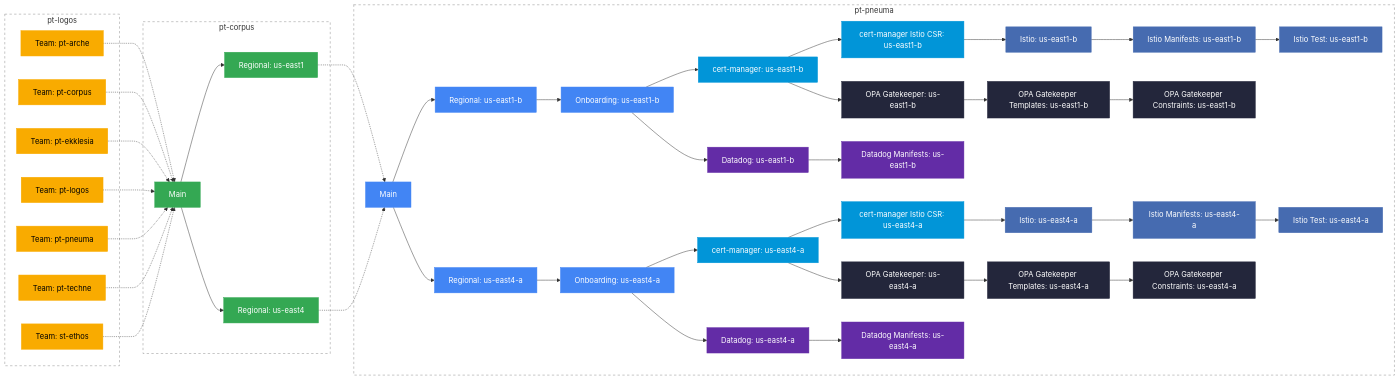
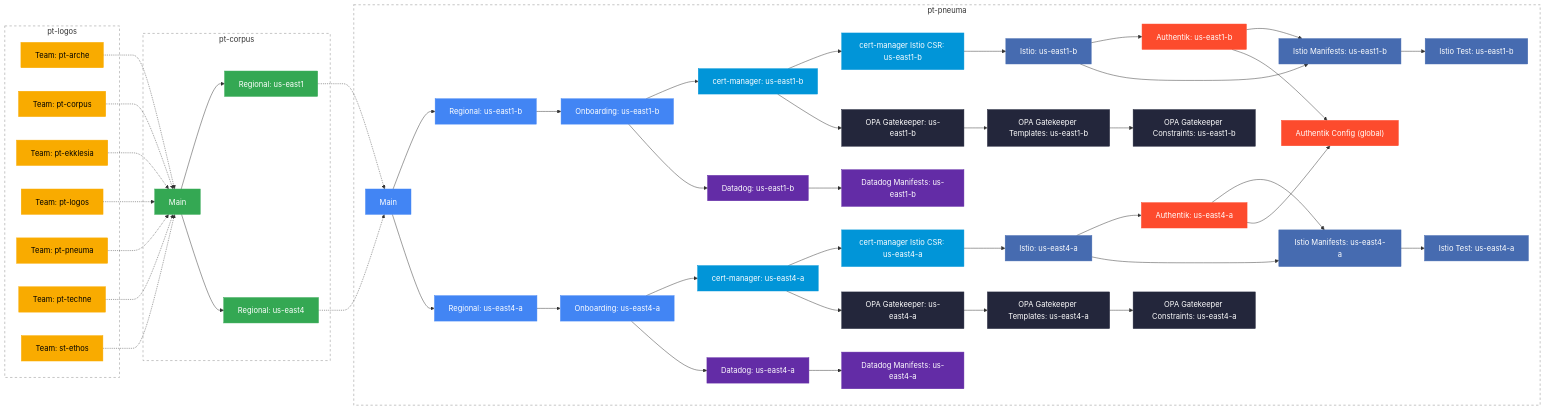
The diagram in README.md (osinfra-io/pt-logos), drawn with Mermaid before and after one commit. The commit also changed other lines of this file, not shown here.

Commit message:
Include authentik in platform deployment dependency graph (#207)

````diff
--- a/README.md
+++ b/README.md
@@ -36,72 +36,80 @@
 ```mermaid
 flowchart LR
     classDef logos fill:#F9AB00,stroke:#F9AB00,color:#000
     classDef corpus fill:#34A853,stroke:#34A853,color:#fff
     classDef gke fill:#4285F4,stroke:#4285F4,color:#fff
     classDef certmanager fill:#0195D8,stroke:#0195D8,color:#fff
     classDef istio fill:#466BB0,stroke:#466BB0,color:#fff
     classDef datadog fill:#632CA6,stroke:#632CA6,color:#fff
     classDef opa fill:#23263B,stroke:#23263B,color:#fff
+    classDef authentik fill:#FD4B2D,stroke:#FD4B2D,color:#fff
 
     subgraph logos ["pt-logos"]
         logos_arche["Team: pt-arche"]:::logos
         logos_corpus["Team: pt-corpus"]:::logos
         logos_ekklesia["Team: pt-ekklesia"]:::logos
         logos_logos["Team: pt-logos"]:::logos
         logos_pneuma["Team: pt-pneuma"]:::logos
         logos_techne["Team: pt-techne"]:::logos
         logos_ethos["Team: st-ethos"]:::logos
     end
 
     subgraph corpus ["pt-corpus"]
         corpus_main["Main"]:::corpus
         corpus_us_east1["Regional: us-east1"]:::corpus
         corpus_us_east4["Regional: us-east4"]:::corpus
         corpus_main --> corpus_us_east1
         corpus_main --> corpus_us_east4
     end
 
     subgraph pneuma ["pt-pneuma"]
         pneuma_main["Main"]:::gke
 
         pneuma_main --> z1_regional["Regional: us-east1-b"]:::gke
         z1_regional --> z1_onboarding["Onboarding: us-east1-b"]:::gke
         z1_onboarding --> z1_cert_manager["cert-manager: us-east1-b"]:::certmanager
         z1_onboarding --> z1_datadog["Datadog: us-east1-b"]:::datadog
         z1_cert_manager --> z1_cert_manager_istio_csr["cert-manager Istio CSR: us-east1-b"]:::certmanager
         z1_cert_manager --> z1_opa_gatekeeper["OPA Gatekeeper: us-east1-b"]:::opa
         z1_cert_manager_istio_csr --> z1_istio["Istio: us-east1-b"]:::istio
+        z1_istio --> z1_authentik["Authentik: us-east1-b"]:::authentik
         z1_istio --> z1_istio_manifests["Istio Manifests: us-east1-b"]:::istio
+        z1_authentik --> z1_istio_manifests
         z1_istio_manifests --> z1_istio_test["Istio Test: us-east1-b"]:::istio
         z1_datadog --> z1_datadog_manifests["Datadog Manifests: us-east1-b"]:::datadog
         z1_opa_gatekeeper --> z1_opa_templates["OPA Gatekeeper Templates: us-east1-b"]:::opa
         z1_opa_templates --> z1_opa_constraints["OPA Gatekeeper Constraints: us-east1-b"]:::opa
 
         pneuma_main --> z2_regional["Regional: us-east4-a"]:::gke
         z2_regional --> z2_onboarding["Onboarding: us-east4-a"]:::gke
         z2_onboarding --> z2_cert_manager["cert-manager: us-east4-a"]:::certmanager
         z2_onboarding --> z2_datadog["Datadog: us-east4-a"]:::datadog
         z2_cert_manager --> z2_cert_manager_istio_csr["cert-manager Istio CSR: us-east4-a"]:::certmanager
         z2_cert_manager --> z2_opa_gatekeeper["OPA Gatekeeper: us-east4-a"]:::opa
         z2_cert_manager_istio_csr --> z2_istio["Istio: us-east4-a"]:::istio
+        z2_istio --> z2_authentik["Authentik: us-east4-a"]:::authentik
         z2_istio --> z2_istio_manifests["Istio Manifests: us-east4-a"]:::istio
+        z2_authentik --> z2_istio_manifests
         z2_istio_manifests --> z2_istio_test["Istio Test: us-east4-a"]:::istio
         z2_datadog --> z2_datadog_manifests["Datadog Manifests: us-east4-a"]:::datadog
         z2_opa_gatekeeper --> z2_opa_templates["OPA Gatekeeper Templates: us-east4-a"]:::opa
         z2_opa_templates --> z2_opa_constraints["OPA Gatekeeper Constraints: us-east4-a"]:::opa
+
+        z1_authentik --> authentik_config["Authentik Config (global)"]:::authentik
+        z2_authentik --> authentik_config
     end
 
     logos_arche -.-> corpus_main
     logos_corpus -.-> corpus_main
     logos_ekklesia -.-> corpus_main
     logos_logos -.-> corpus_main
     logos_pneuma -.-> corpus_main
     logos_techne -.-> corpus_main
     logos_ethos -.-> corpus_main
     corpus_us_east1 -.-> pneuma_main
     corpus_us_east4 -.-> pneuma_main
 
     style logos fill:none,stroke:#888,stroke-dasharray: 5 5
     style corpus fill:none,stroke:#888,stroke-dasharray: 5 5
     style pneuma fill:none,stroke:#888,stroke-dasharray: 5 5
 ```
````
